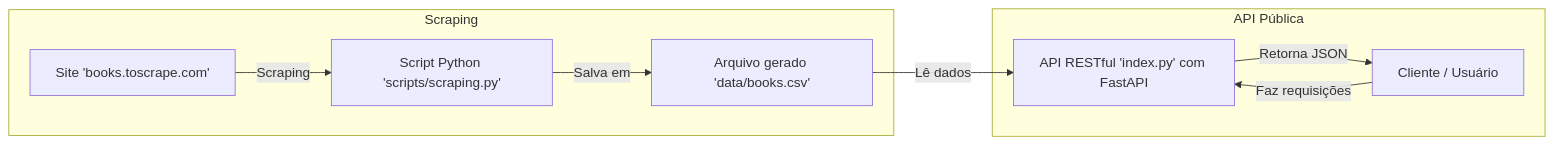
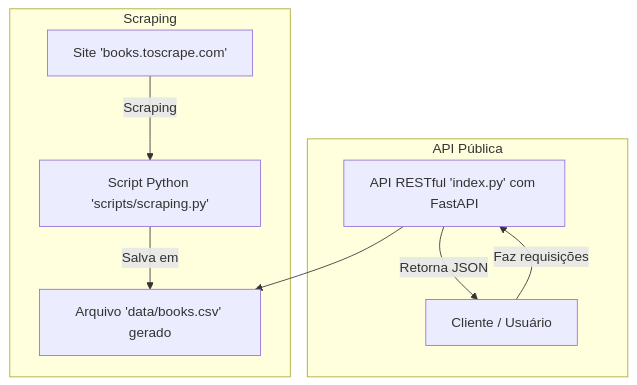
Before and after one commit to mtmoss/Books-API: the diagram in README.md, drawn with Mermaid. The commit also changed other lines of this file, not shown here.

Commit message:
Revisa README com diagrama de arquitetura e exemplos de requisição / resposta

````diff
--- a/README.md
+++ b/README.md
@@ -13,20 +13,25 @@
 ```mermaid
-flowchart LR
-    subgraph Scraping["Scraping"]
-        A["Site 'books.toscrape.com'"]
-        B["Script Python 'scripts/scraping.py'"]
-        C["Arquivo gerado 'data/books.csv'"]
-
-        A -->|"Scraping"| B
-        B -->|"Salva em"| C
-    end
-
-    subgraph API["API Pública"]
-        D["API RESTful 'index.py' com FastAPI"]
+---
+config:
+  layout: fixed
+---
+flowchart TD
+ subgraph Scraping["Scraping"]
+        A@{ label: "Site 'books.toscrape.com'" }
+        B@{ label: "Script Python 'scripts/scraping.py'" }
+        C@{ label: "Arquivo 'data/books.csv' gerado" }
+  end
+ subgraph API["API Pública"]
+        D@{ label: "API RESTful 'index.py' com FastAPI" }
         E["Cliente / Usuário"]
-
-        C -->|"Lê dados"| D
-        D -->|"Retorna JSON"| E
-        E -->|"Faz requisições"| D
-    end
+  end
+    A -- Scraping --> B
+    B -- Salva em --> C
+    D -- Retorna JSON --> E
+    E -- Faz requisições --> D
+    D --> C
+    A@{ shape: rect}
+    B@{ shape: rect}
+    C@{ shape: rect}
+    D@{ shape: rect}
 ```
````
